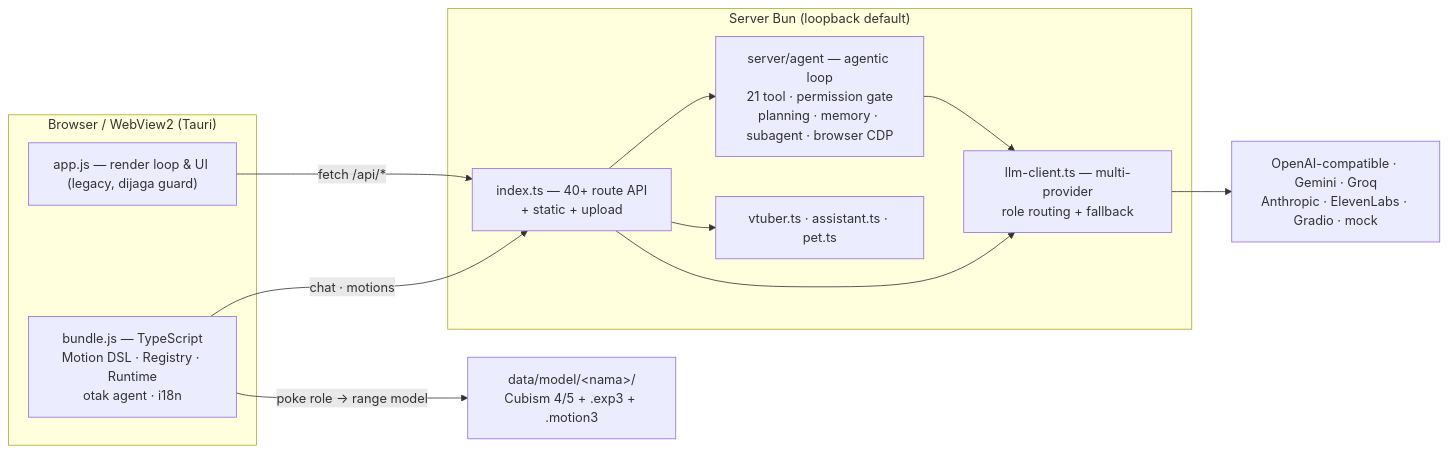
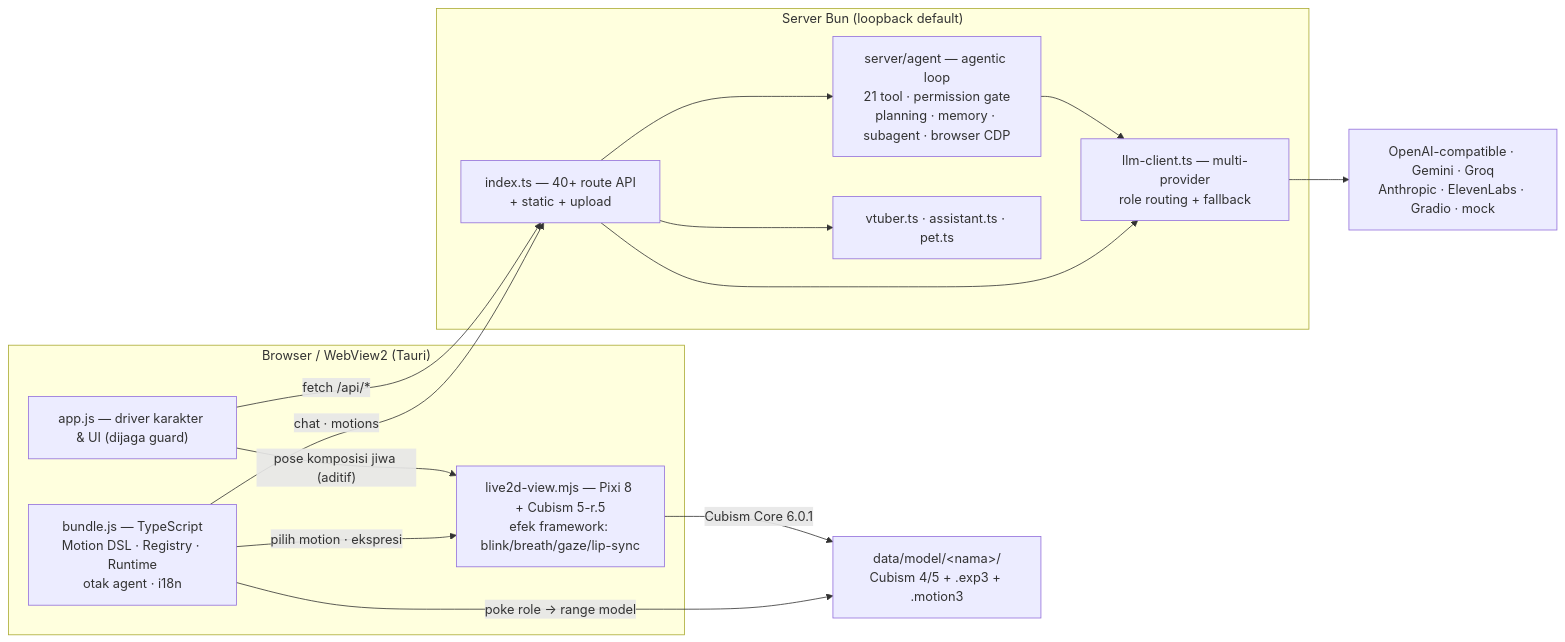
The diagram in README.md (TesaOP/ngetes), drawn with Mermaid before and after one commit. The commit also changed other lines of this file and 13 other files, not shown here.

````diff
--- a/README.md
+++ b/README.md
@@ -74,22 +78,26 @@
 ```mermaid
 flowchart LR
     subgraph client["Browser / WebView2 (Tauri)"]
-        APP["app.js — render loop & UI (legacy, dijaga guard)"]
+        APP["app.js — driver karakter & UI (dijaga guard)"]
         BUNDLE["bundle.js — TypeScript<br/>Motion DSL · Registry · Runtime<br/>otak agent · i18n"]
+        VIEW["live2d-view.mjs — Pixi 8 + Cubism 5-r.5<br/>efek framework: blink/breath/gaze/lip-sync"]
     end
     subgraph server["Server Bun (loopback default)"]
         API["index.ts — 40+ route API<br/>+ static + upload"]
         AGENT["server/agent — agentic loop<br/>21 tool · permission gate<br/>planning · memory · subagent · browser CDP"]
         MODES["vtuber.ts · assistant.ts · pet.ts"]
         LLM["llm-client.ts — multi-provider<br/>role routing + fallback"]
     end
     PROVIDERS["OpenAI-compatible · Gemini · Groq<br/>Anthropic · ElevenLabs · Gradio · mock"]
     MODEL["data/model/&lt;nama&gt;/<br/>Cubism 4/5 + .exp3 + .motion3"]
 
     APP -- "fetch /api/*" --> API
     BUNDLE -- "chat · motions" --> API
     API --> AGENT --> LLM
     API --> MODES
     API --> LLM --> PROVIDERS
+    APP -- "pose komposisi jiwa (aditif)" --> VIEW
+    BUNDLE -- "pilih motion · ekspresi" --> VIEW
+    VIEW -- "Cubism Core 6.0.1" --> MODEL
     BUNDLE -- "poke role → range model" --> MODEL
 ```
````
